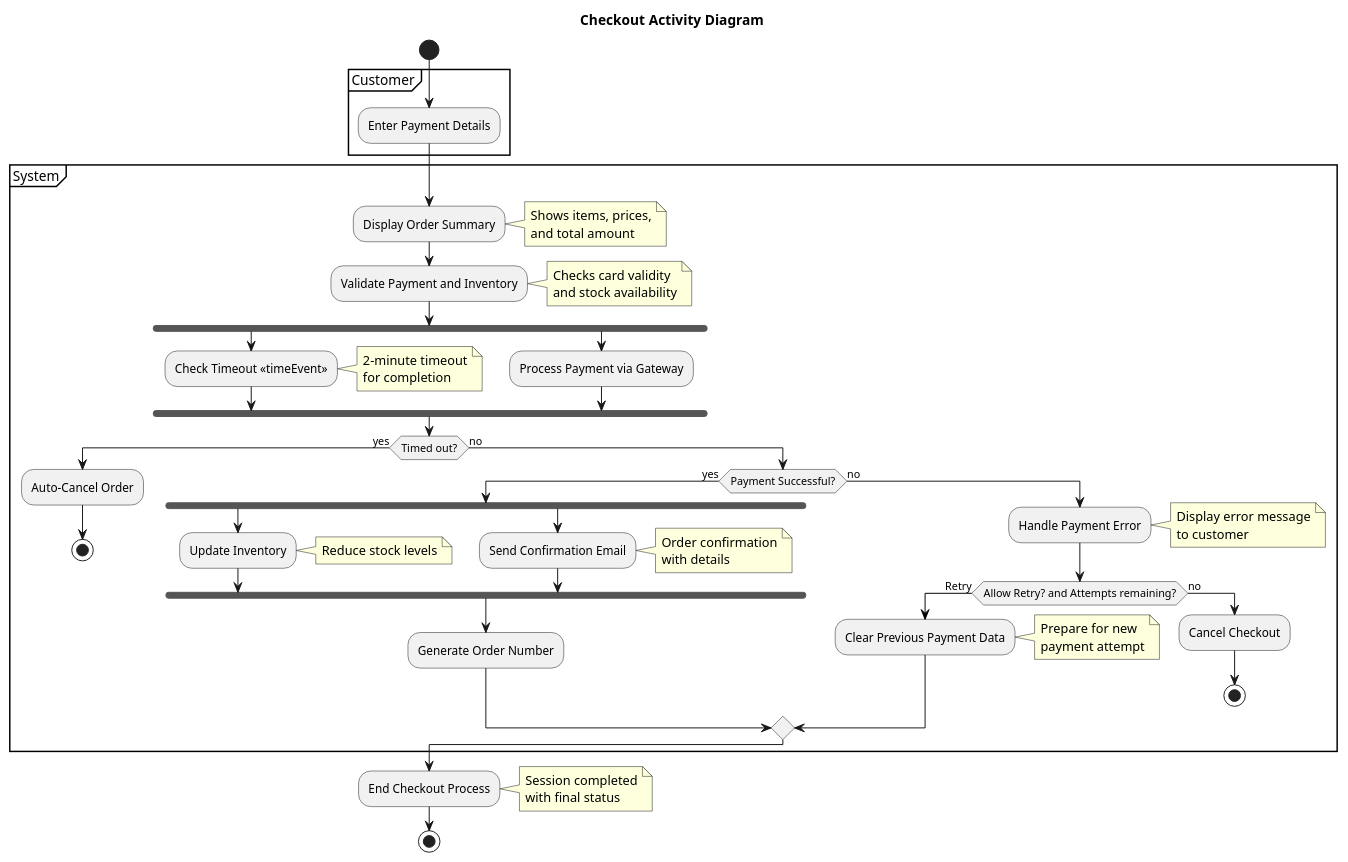
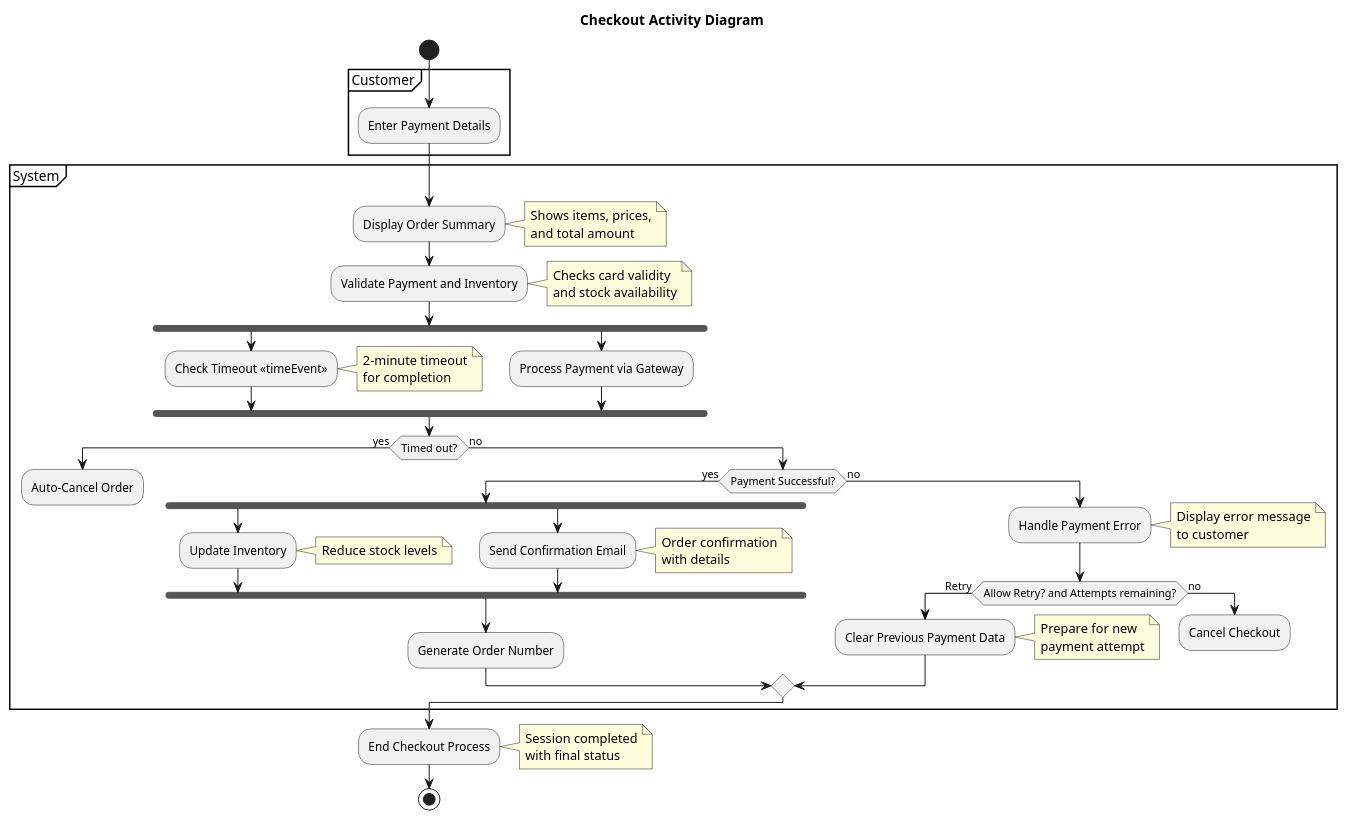
Before and after one commit to andikatjacobdennis/UML: the diagram in activity/act.md, drawn with PlantUML. The commit also changed other lines of this file, not shown here.

````diff
--- a/activity/act.md
+++ b/activity/act.md
@@ -113,54 +159,59 @@
 ```plantuml
 @startuml
 title Checkout Activity Diagram
+
 start
-partition "Customer" {
+
+partition Customer {
   :Enter Payment Details;
 }
-partition "System" {
+
+partition System {
   :Display Order Summary;
   note right: Shows items, prices,\nand total amount
- 
+
   :Validate Payment and Inventory;
   note right: Checks card validity\nand stock availability
- 
+
   fork
     :Check Timeout <<timeEvent>>;
     note right: 2-minute timeout\nfor completion
   fork again
     :Process Payment via Gateway;
   end fork
- 
+
   if (Timed out?) then (yes)
     :Auto-Cancel Order;
-    stop
+    detach
   else (no)
     if (Payment Successful?) then (yes)
       fork
         :Update Inventory;
         note right: Reduce stock levels
       fork again
         :Send Confirmation Email;
         note right: Order confirmation\nwith details
       end fork
       :Generate Order Number;
     else (no)
       :Handle Payment Error;
       note right: Display error message\nto customer
-     
+
       if (Allow Retry? and Attempts remaining?) then (yes)
         -[#black]-> Retry;
         :Clear Previous Payment Data;
         note right: Prepare for new\npayment attempt
       else (no)
         :Cancel Checkout;
-        stop
+        detach
       endif
     endif
   endif
 }
+
 :End Checkout Process;
 note right: Session completed\nwith final status
+
 stop
 @enduml
 ```
````
